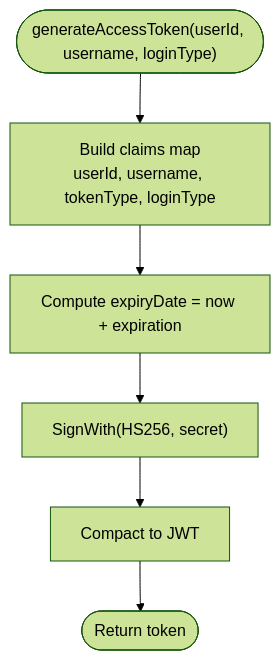
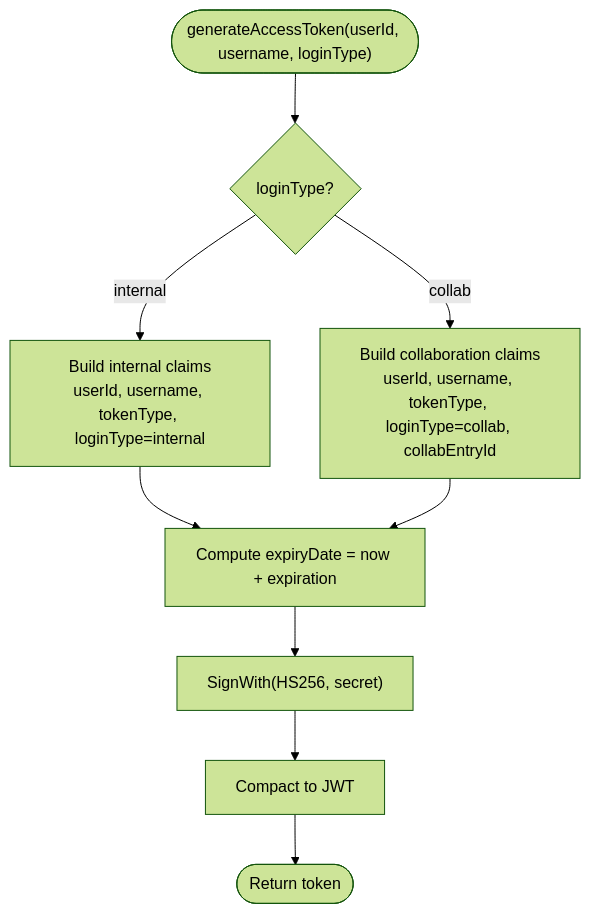
The third of 12 diagrams in .qoder/repowiki/en/content/Authentication & Authorization/JWT Implementation.md (bo961386926/Survey-App), drawn with Mermaid (forest theme) before and after one commit. The commit also changed other lines of this file and 25 other files, not shown here.

````diff
--- a/.qoder/repowiki/en/content/Authentication & Authorization/JWT Implementation.md
+++ b/.qoder/repowiki/en/content/Authentication & Authorization/JWT Implementation.md
@@ -195,8 +208,11 @@
 ```mermaid
 flowchart TD
-Start(["generateAccessToken(userId, username, loginType)"]) --> BuildClaims["Build claims map<br/>userId, username, tokenType, loginType"]
-BuildClaims --> SetExpiry["Compute expiryDate = now + expiration"]
+Start(["generateAccessToken(userId, username, loginType)"]) --> CheckType{"loginType?"}
+CheckType --> |"internal"| BuildInternal["Build internal claims<br/>userId, username, tokenType, loginType=internal"]
+CheckType --> |"collab"| BuildCollab["Build collaboration claims<br/>userId, username, tokenType, loginType=collab, collabEntryId"]
+BuildInternal --> SetExpiry["Compute expiryDate = now + expiration"]
+BuildCollab --> SetExpiry
 SetExpiry --> Sign["SignWith(HS256, secret)"]
 Sign --> Compact["Compact to JWT"]
 Compact --> End(["Return token"])
 ```
````
